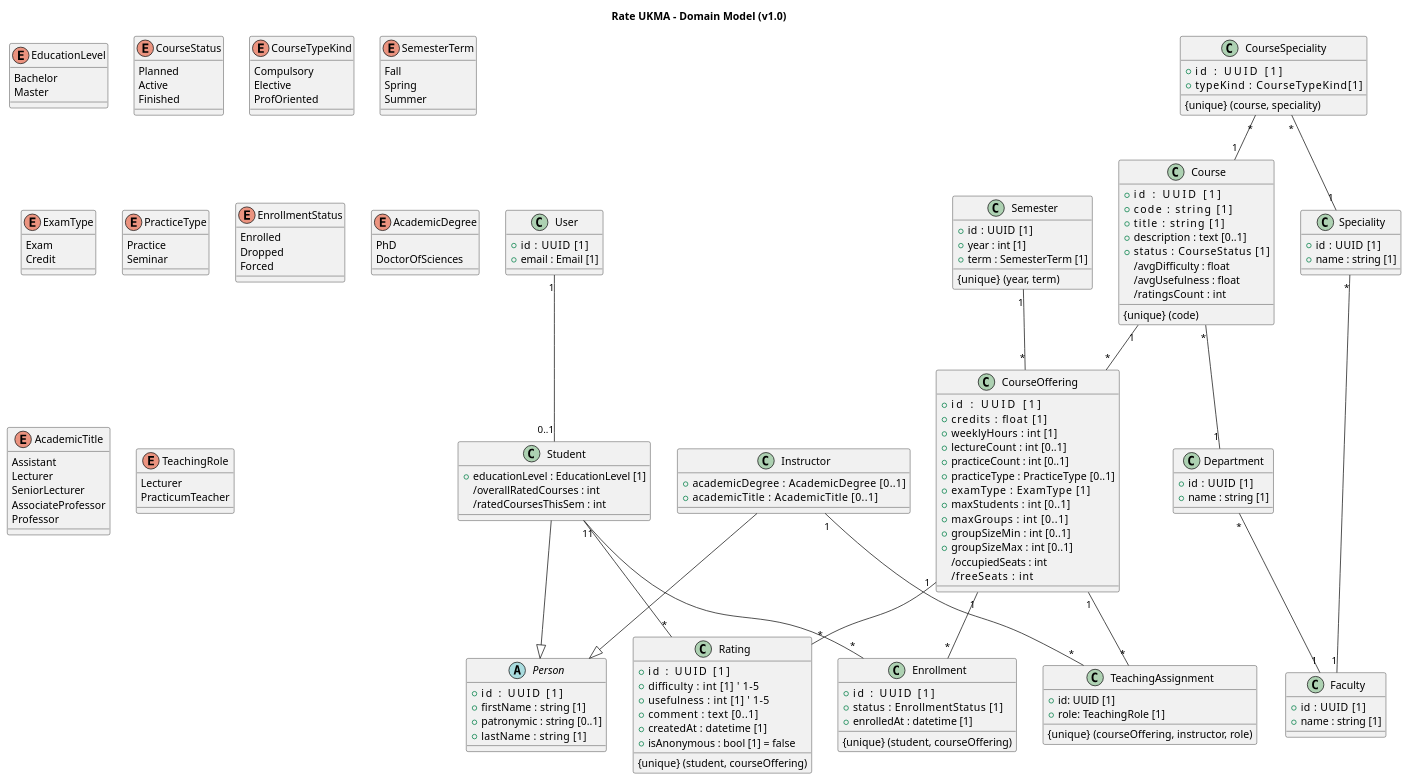
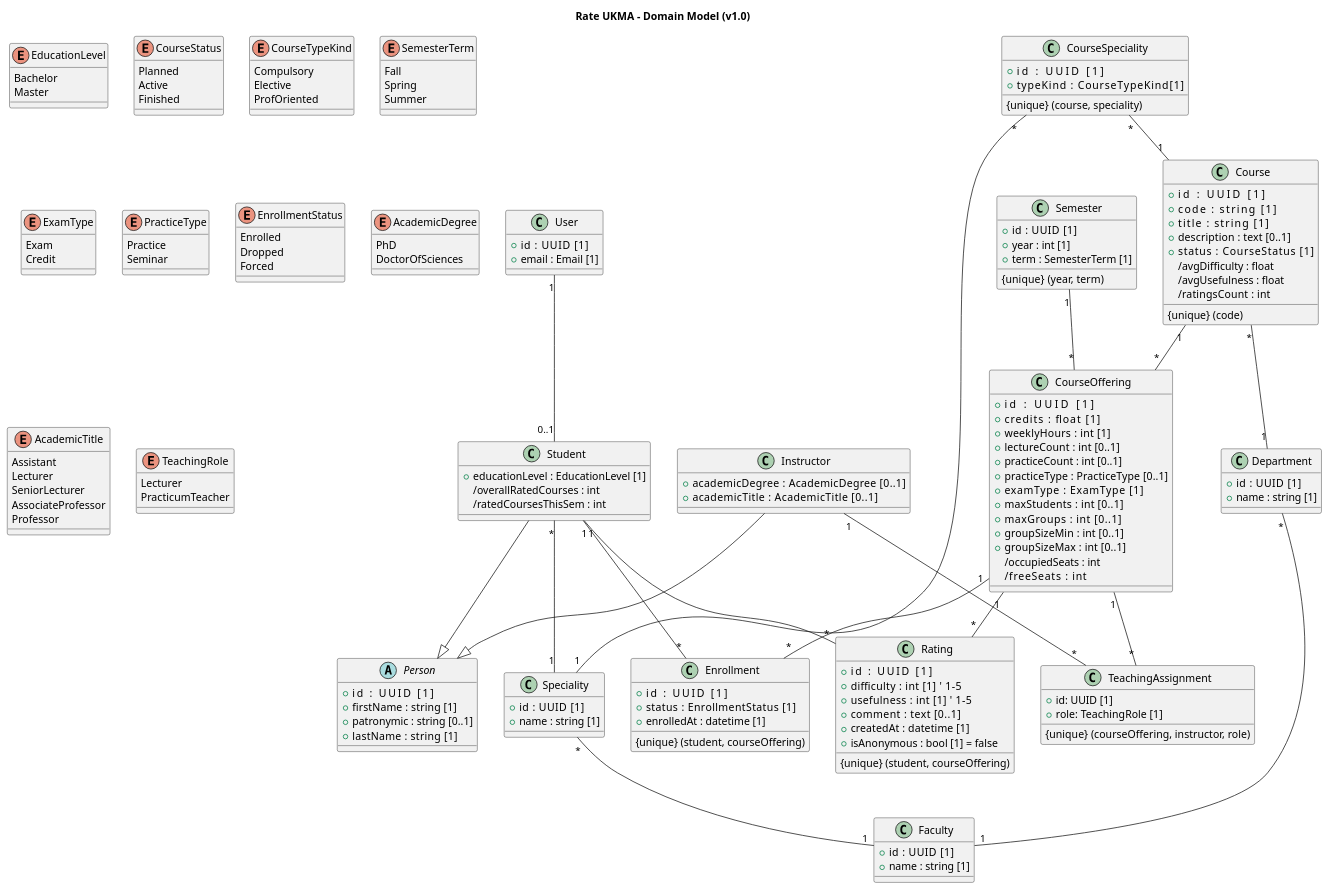
The diagram in docs/architecture/uml/domain-model.puml (ukma-cs-ssdm-2025/rate-ukma), drawn with PlantUML before and after one commit.

Commit message:
docs(#86): add Student-Speciality relationship

```diff
--- a/docs/architecture/uml/domain-model.puml
+++ b/docs/architecture/uml/domain-model.puml
@@ -1,180 +1,181 @@
 @startuml core-domain-model
 title Rate UKMA – Domain Model (v1.0)
 
 class User {
   +id    : UUID [1]
   +email : Email [1]
 }
 
 abstract class Person {
   +id         : UUID [1]
   +firstName  : string [1]
   +patronymic : string [0..1]
   +lastName   : string [1]
 }
 
 class Student {
   +educationLevel : EducationLevel [1]
   /overallRatedCourses : int
   /ratedCoursesThisSem : int
 }
 User "1" -- "0..1" Student
+Student "*" -- "1" Speciality
 Student --|> Person
 
 class Instructor {
   +academicDegree     : AcademicDegree [0..1]
   +academicTitle      : AcademicTitle [0..1]
 }
 Instructor --|> Person
 
 class Faculty {
   +id   : UUID [1]
   +name : string [1]
 }
 
 class Department {
   +id   : UUID [1]
   +name : string [1]
 }
 Department "*" -- "1" Faculty
 
 class Speciality {
   +id   : UUID [1]
   +name : string [1]
 }
 Speciality "*" -- "1" Faculty
 
 class Course {
   +id           : UUID [1]
   +code         : string [1]
   +title        : string [1]
   +description  : text [0..1]
   +status       : CourseStatus [1]
   /avgDifficulty : float
   /avgUsefulness : float
   /ratingsCount  : int
   {unique} (code)
 }
 Course "*" -- "1" Department
 
 class CourseSpeciality {
   +id           : UUID [1]
   +typeKind         : CourseTypeKind[1]
   {unique} (course, speciality)
 }
 CourseSpeciality "*" -- "1" Course
 CourseSpeciality "*" -- "1" Speciality
 
 class Semester {
   +id   : UUID [1]
   +year : int [1]
   +term : SemesterTerm [1]
   {unique} (year, term)
 }
 
 class CourseOffering {
   +id            : UUID [1]
   +credits       : float [1]
   +weeklyHours   : int [1]
   +lectureCount  : int [0..1]
   +practiceCount : int [0..1]
   +practiceType  : PracticeType [0..1]
   +examType      : ExamType [1]
   +maxStudents   : int [0..1]
   +maxGroups     : int [0..1]
   +groupSizeMin  : int [0..1]
   +groupSizeMax  : int [0..1]
   /occupiedSeats : int
   /freeSeats     : int
 }
 Course "1"   -- "*" CourseOffering
 Semester "1" -- "*" CourseOffering
 
 class TeachingAssignment {
   +id: UUID [1]
   +role: TeachingRole [1]
   {unique} (courseOffering, instructor, role)
 }
 CourseOffering "1" -- "*" TeachingAssignment
 Instructor "1" -- "*" TeachingAssignment
 
 
 class Enrollment {
   +id         : UUID [1]
   +status     : EnrollmentStatus [1]
   +enrolledAt : datetime [1]
   {unique} (student, courseOffering)
 }
 Student "1"        -- "*" Enrollment
 CourseOffering "1" -- "*" Enrollment
 
 class Rating {
   +id         : UUID [1]
   +difficulty : int [1]    ' 1–5
   +usefulness : int [1]    ' 1–5
   +comment    : text [0..1]
   +createdAt  : datetime [1]
   +isAnonymous : bool [1] = false
   {unique} (student, courseOffering)
 }
 Student "1" -- "*" Rating
 CourseOffering  "1" -- "*" Rating
 
 enum EducationLevel {
   Bachelor
   Master
 }
 
 enum CourseStatus {
   Planned
   Active
   Finished
 }
 
 enum CourseTypeKind {
   Compulsory
   Elective
   ProfOriented
 }
 
 enum SemesterTerm {
   Fall
   Spring
   Summer
 }
 
 enum ExamType {
   Exam
   Credit
 }
 
 enum PracticeType {
   Practice
   Seminar
 }
 
 enum EnrollmentStatus {
   Enrolled
   Dropped
   Forced
 }
 
 enum AcademicDegree {
   PhD
   DoctorOfSciences
 }
 
 enum AcademicTitle {
   Assistant
   Lecturer
   SeniorLecturer
   AssociateProfessor   
   Professor            
 }
 
 enum TeachingRole {
   Lecturer
   PracticumTeacher
 }
 
 @enduml
```
